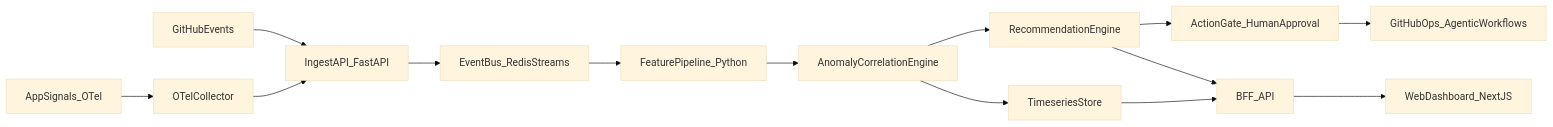
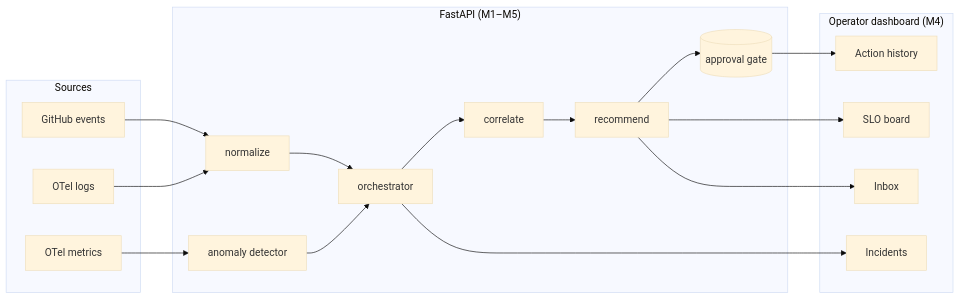
One commit to Ibrahim4594/OpsGraph-A changed the diagram in README.md. Above: the diagram before and after it, drawn with Mermaid (base theme). The commit also changed other lines of this file and 4 other files, not shown here.

````diff
--- a/README.md
+++ b/README.md
@@ -32,16 +66,28 @@
 ```mermaid
 flowchart LR
-  githubEvents[GitHubEvents] --> ingestApi[IngestAPI_FastAPI]
-  appSignals[AppSignals_OTel] --> collector[OTelCollector]
-  collector --> ingestApi
-  ingestApi --> eventBus[EventBus_RedisStreams]
-  eventBus --> featurePipe[FeaturePipeline_Python]
-  featurePipe --> anomalyEngine[AnomalyCorrelationEngine]
-  anomalyEngine --> recommendationEngine[RecommendationEngine]
-  recommendationEngine --> actionGate[ActionGate_HumanApproval]
-  actionGate --> githubOps[GitHubOps_AgenticWorkflows]
-  anomalyEngine --> timeseries[TimeseriesStore]
-  recommendationEngine --> apiBff[BFF_API]
-  timeseries --> apiBff
-  apiBff --> dashboard[WebDashboard_NextJS]
+  subgraph Sources
+    GH[GitHub events]
+    OL[OTel logs]
+    OM[OTel metrics]
+  end
+  subgraph Backend["FastAPI (M1–M5)"]
+    NORM[normalize] --> ORCH[orchestrator]
+    DET[anomaly detector] --> ORCH
+    ORCH --> CORR[correlate]
+    CORR --> REC[recommend]
+    REC --> APP[(approval gate)]
+  end
+  subgraph UI["Operator dashboard (M4)"]
+    SLO[SLO board]
+    INC[Incidents]
+    INBOX[Inbox]
+    HIST[Action history]
+  end
+  GH --> NORM
+  OL --> NORM
+  OM --> DET
+  REC --> SLO
+  REC --> INBOX
+  ORCH --> INC
+  APP --> HIST
 ```
````
